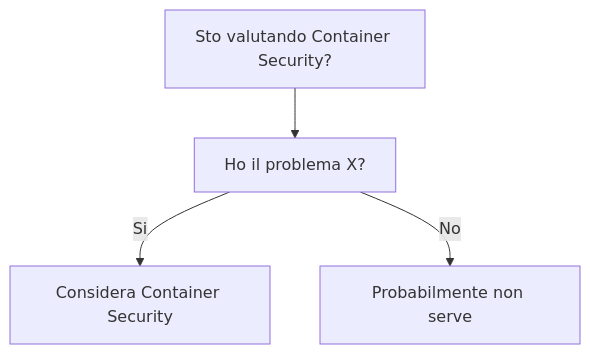
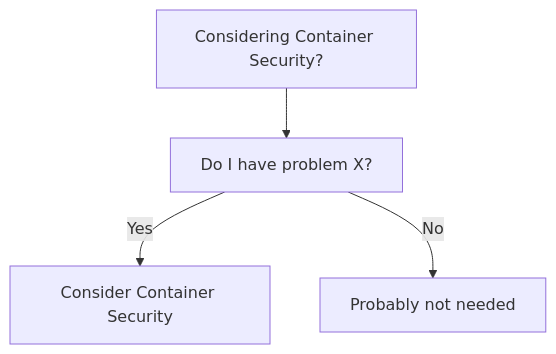
One commit to HxT9/Software-Dev-Wiki changed the diagram in dev-wiki/08_Security/Container_Security/When_To_Use.md. Above: the diagram before and after it, drawn with Mermaid. The commit also changed other lines of this file and 3444 other files, not shown here.

````diff
--- a/dev-wiki/08_Security/Container_Security/When_To_Use.md
+++ b/dev-wiki/08_Security/Container_Security/When_To_Use.md
@@ -19,6 +19,6 @@
 ```mermaid
 flowchart TD
-  Q[Sto valutando Container Security?] --> Q1[Ho il problema X?]
-  Q1 -->|Si| OK[Considera Container Security]
-  Q1 -->|No| NO[Probabilmente non serve]
+  Q[Considering Container Security?] --> Q1[Do I have problem X?]
+  Q1 -->|Yes| OK[Consider Container Security]
+  Q1 -->|No| NO[Probably not needed]
 ```
````
